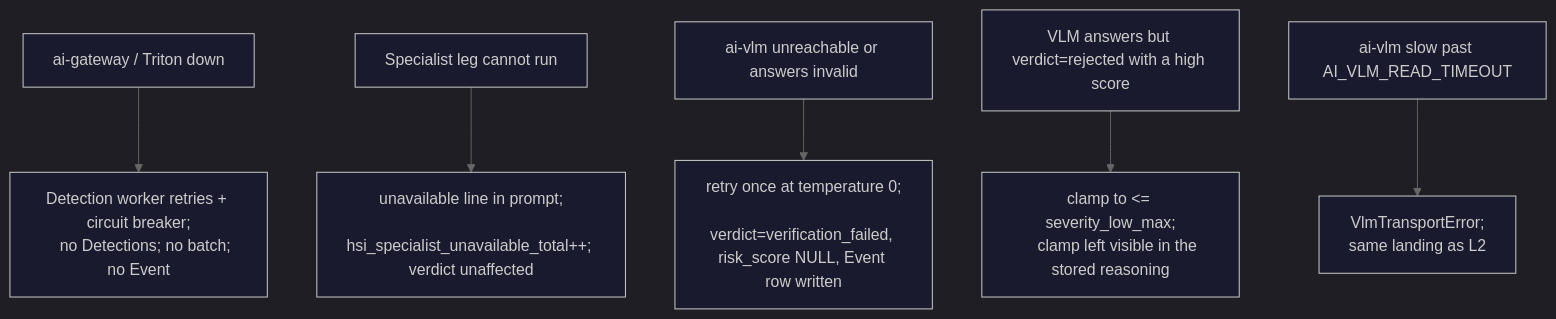
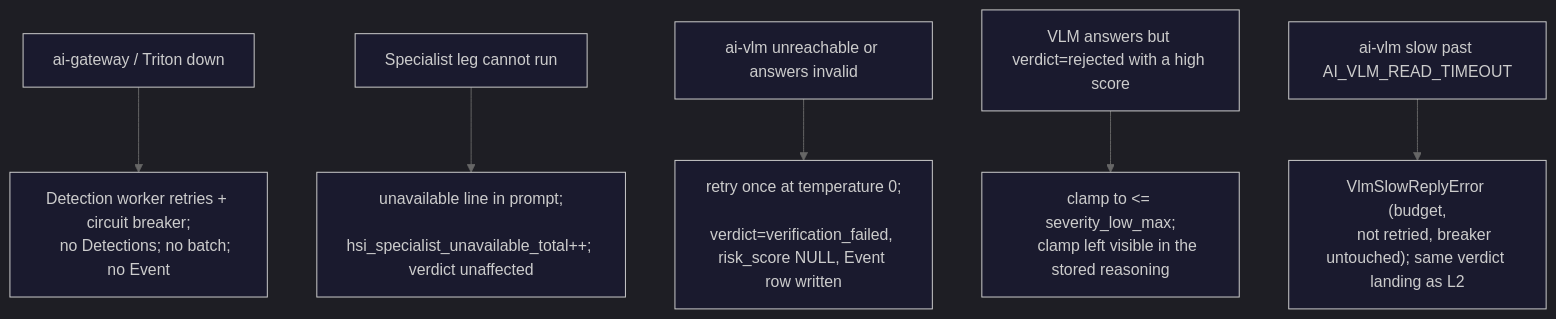
Before and after one commit to mikesvoboda/nemotron-v3-home-security-intelligence: the diagram in docs/architecture/ai-orchestration/fallback-strategies.md, drawn with Mermaid. The commit also changed other lines of this file and 12 other files, not shown here.

````diff
--- a/docs/architecture/ai-orchestration/fallback-strategies.md
+++ b/docs/architecture/ai-orchestration/fallback-strategies.md
@@ -8,26 +8,26 @@
 ```mermaid
 %%{init: {
   'theme': 'dark',
   'themeVariables': {
     'primaryColor': '#3B82F6',
     'primaryTextColor': '#FFFFFF',
     'primaryBorderColor': '#60A5FA',
     'secondaryColor': '#A855F7',
     'tertiaryColor': '#009688',
     'background': '#121212',
     'mainBkg': '#1a1a2e',
     'lineColor': '#666666'
   }
 }}%%
 flowchart TB
     L0["ai-gateway / Triton down"] --> R0["Detection worker retries + circuit breaker;
     no Detections; no batch; no Event"]
     L1["Specialist leg cannot run"] --> R1["unavailable line in prompt;
     hsi_specialist_unavailable_total++; verdict unaffected"]
     L2["ai-vlm unreachable or answers invalid"] --> R2["retry once at temperature 0;
     verdict=verification_failed, risk_score NULL, Event row written"]
     L3["VLM answers but verdict=rejected with a high score"] --> R3["clamp to <= severity_low_max;
     clamp left visible in the stored reasoning"]
-    L4["ai-vlm slow past AI_VLM_READ_TIMEOUT"] --> R4["VlmTransportError;
-    same landing as L2"]
+    L4["ai-vlm slow past AI_VLM_READ_TIMEOUT"] --> R4["VlmSlowReplyError (budget,
+    not retried, breaker untouched); same verdict landing as L2"]
 ```
````
